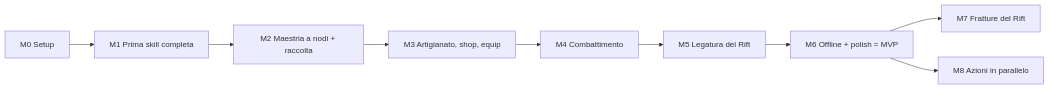
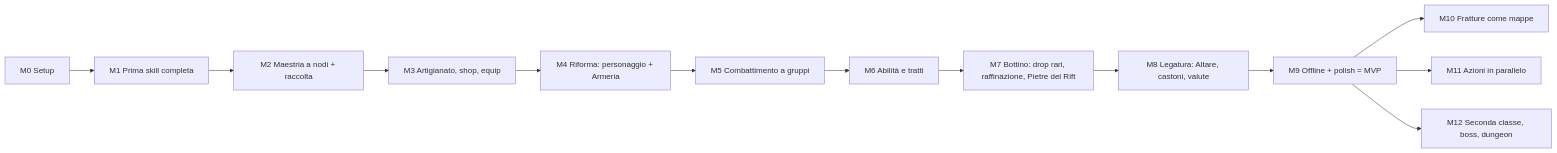
Before and after one commit to BriLaLaLa/Rifstone-Saga---Melvor: the diagram in docs/06_ROADMAP.md, drawn with Mermaid. The commit also changed other lines of this file and 11 other files, not shown here.

````diff
--- a/docs/06_ROADMAP.md
+++ b/docs/06_ROADMAP.md
@@ -6,11 +7,15 @@
 ```mermaid
 flowchart LR
     M0[M0 Setup] --> M1[M1 Prima skill completa]
     M1 --> M2[M2 Maestria a nodi + raccolta]
     M2 --> M3[M3 Artigianato, shop, equip]
-    M3 --> M4[M4 Combattimento]
-    M4 --> M5[M5 Legatura del Rift]
-    M5 --> M6[M6 Offline + polish = MVP]
-    M6 --> M7[M7 Fratture del Rift]
-    M6 --> M8[M8 Azioni in parallelo]
+    M3 --> M4[M4 Riforma: personaggio + Armeria]
+    M4 --> M5[M5 Combattimento a gruppi]
+    M5 --> M6[M6 Abilità e tratti]
+    M6 --> M7[M7 Bottino: drop rari, raffinazione, Pietre del Rift]
+    M7 --> M8[M8 Legatura: Altare, castoni, valute]
+    M8 --> M9[M9 Offline + polish = MVP]
+    M9 --> M10[M10 Fratture come mappe]
+    M9 --> M11[M11 Azioni in parallelo]
+    M9 --> M12[M12 Seconda classe, boss, dungeon]
 ```
````
